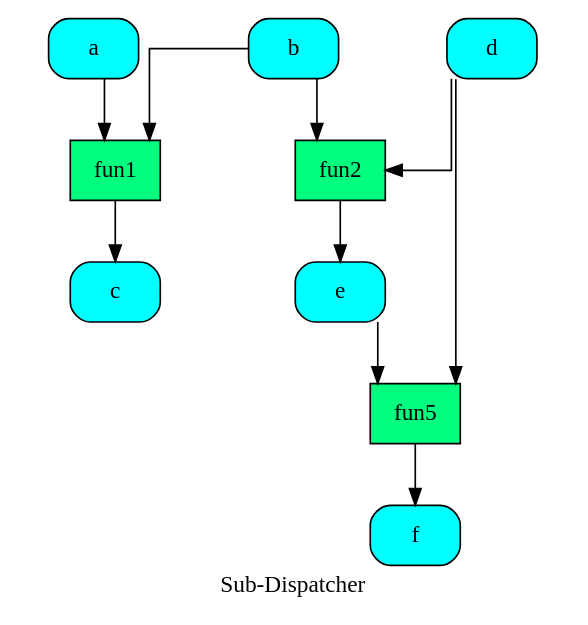
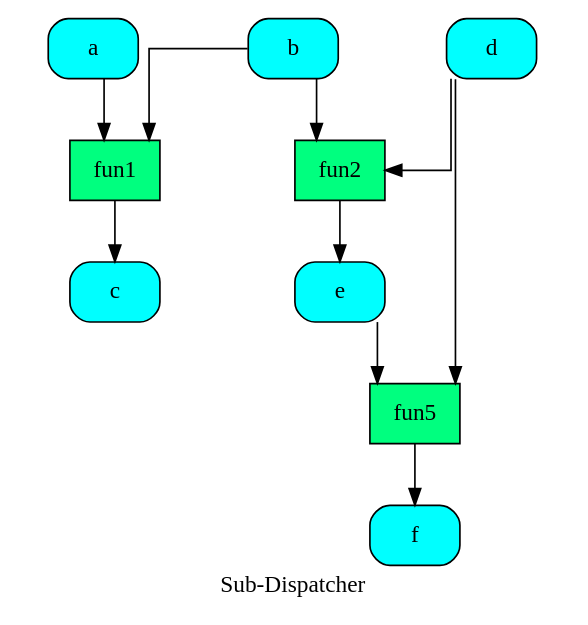
One commit to vinci1it2000/schedula changed the diagram in doc/source/dispatcher/__init__/shrink_dsp/shrink_dsp.dot. Above: the diagram before and after it, drawn with Graphviz. The commit also changed 127 other files, not shown here.

```diff
--- a/doc/source/dispatcher/__init__/shrink_dsp/shrink_dsp.dot
+++ b/doc/source/dispatcher/__init__/shrink_dsp/shrink_dsp.dot
@@ -1,24 +1,24 @@
 digraph "Sub-Dispatcher" {
 	graph [ratio=1]
 	node [style=filled]
+	splines = ortho
 	label = "Sub-Dispatcher"
-	splines = ortho
-		"Sub-Dispatcher_5276925923244319345" [label="{ fun5  }" fillcolor=springgreen shape=record]
-		"Sub-Dispatcher_-6116169728861687157" [label="{ e  }" fillcolor=cyan shape=Mrecord]
-		"Sub-Dispatcher_-6219333133727501803" [label="{ fun2  }" fillcolor=springgreen shape=record]
-		"Sub-Dispatcher_-1739731674132073175" [label="{ c  }" fillcolor=cyan shape=Mrecord]
-		"Sub-Dispatcher_-7808032034779312502" [label="{ f  }" fillcolor=cyan shape=Mrecord]
-		"Sub-Dispatcher_-3117625956851900853" [label="{ b  }" fillcolor=cyan shape=Mrecord]
-		"Sub-Dispatcher_4028652557604299651" [label="{ d  }" fillcolor=cyan shape=Mrecord]
-		"Sub-Dispatcher_-8503278920192876870" [label="{ a  }" fillcolor=cyan shape=Mrecord]
-		"Sub-Dispatcher_3621108375693654285" [label="{ fun1  }" fillcolor=springgreen shape=record]
-			"Sub-Dispatcher_5276925923244319345" -> "Sub-Dispatcher_-7808032034779312502"
-			"Sub-Dispatcher_-6116169728861687157" -> "Sub-Dispatcher_5276925923244319345"
-			"Sub-Dispatcher_-6219333133727501803" -> "Sub-Dispatcher_-6116169728861687157"
-			"Sub-Dispatcher_-3117625956851900853" -> "Sub-Dispatcher_3621108375693654285"
-			"Sub-Dispatcher_-3117625956851900853" -> "Sub-Dispatcher_-6219333133727501803"
-			"Sub-Dispatcher_4028652557604299651" -> "Sub-Dispatcher_5276925923244319345"
-			"Sub-Dispatcher_4028652557604299651" -> "Sub-Dispatcher_-6219333133727501803"
-			"Sub-Dispatcher_-8503278920192876870" -> "Sub-Dispatcher_3621108375693654285"
-			"Sub-Dispatcher_3621108375693654285" -> "Sub-Dispatcher_-1739731674132073175"
+		"Sub-Dispatcher_1674253456152474721" [label="{ a  }" fillcolor=cyan shape=Mrecord]
+		"Sub-Dispatcher_4565917451832910932" [label="{ fun2  }" fillcolor=springgreen shape=record]
+		"Sub-Dispatcher_4736239098108350630" [label="{ c  }" fillcolor=cyan shape=Mrecord]
+		"Sub-Dispatcher_-7267449039456070329" [label="{ fun1  }" fillcolor=springgreen shape=record]
+		"Sub-Dispatcher_-6274141345031817014" [label="{ b  }" fillcolor=cyan shape=Mrecord]
+		"Sub-Dispatcher_3916945937794807723" [label="{ fun5  }" fillcolor=springgreen shape=record]
+		"Sub-Dispatcher_5714739486318896332" [label="{ f  }" fillcolor=cyan shape=Mrecord]
+		"Sub-Dispatcher_-6328780589348846534" [label="{ e  }" fillcolor=cyan shape=Mrecord]
+		"Sub-Dispatcher_-6575553139397358114" [label="{ d  }" fillcolor=cyan shape=Mrecord]
+			"Sub-Dispatcher_1674253456152474721" -> "Sub-Dispatcher_-7267449039456070329"
+			"Sub-Dispatcher_4565917451832910932" -> "Sub-Dispatcher_-6328780589348846534"
+			"Sub-Dispatcher_-7267449039456070329" -> "Sub-Dispatcher_4736239098108350630"
+			"Sub-Dispatcher_-6274141345031817014" -> "Sub-Dispatcher_4565917451832910932"
+			"Sub-Dispatcher_-6274141345031817014" -> "Sub-Dispatcher_-7267449039456070329"
+			"Sub-Dispatcher_3916945937794807723" -> "Sub-Dispatcher_5714739486318896332"
+			"Sub-Dispatcher_-6328780589348846534" -> "Sub-Dispatcher_3916945937794807723"
+			"Sub-Dispatcher_-6575553139397358114" -> "Sub-Dispatcher_3916945937794807723"
+			"Sub-Dispatcher_-6575553139397358114" -> "Sub-Dispatcher_4565917451832910932"
 }
```
